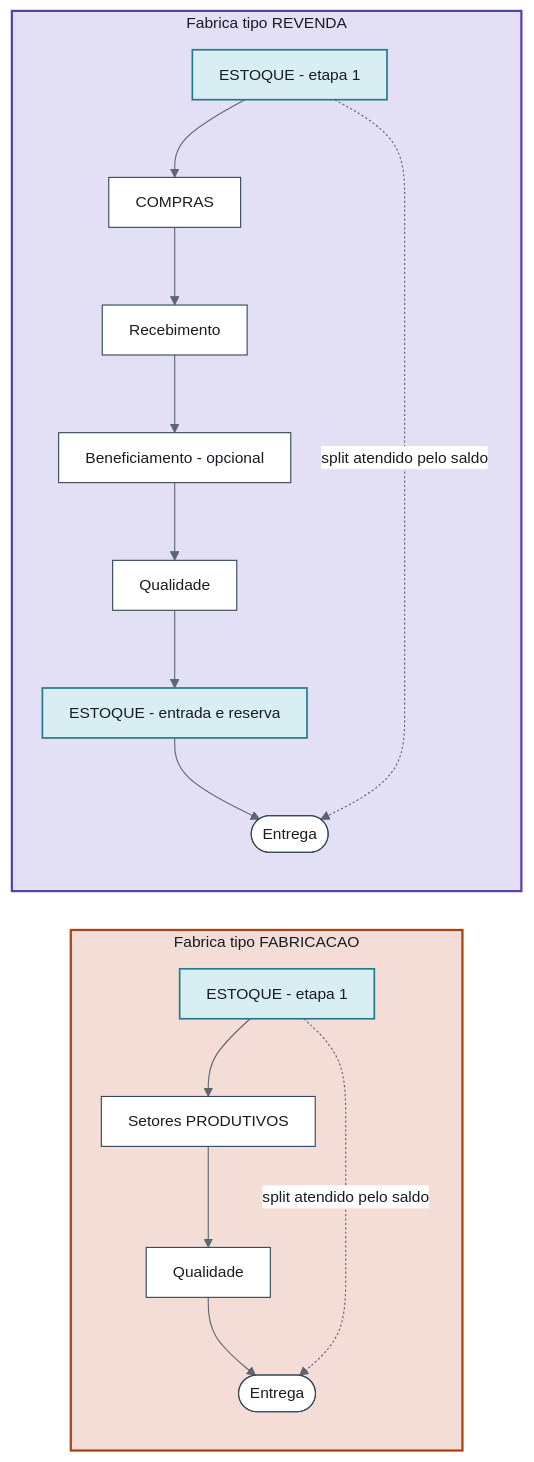
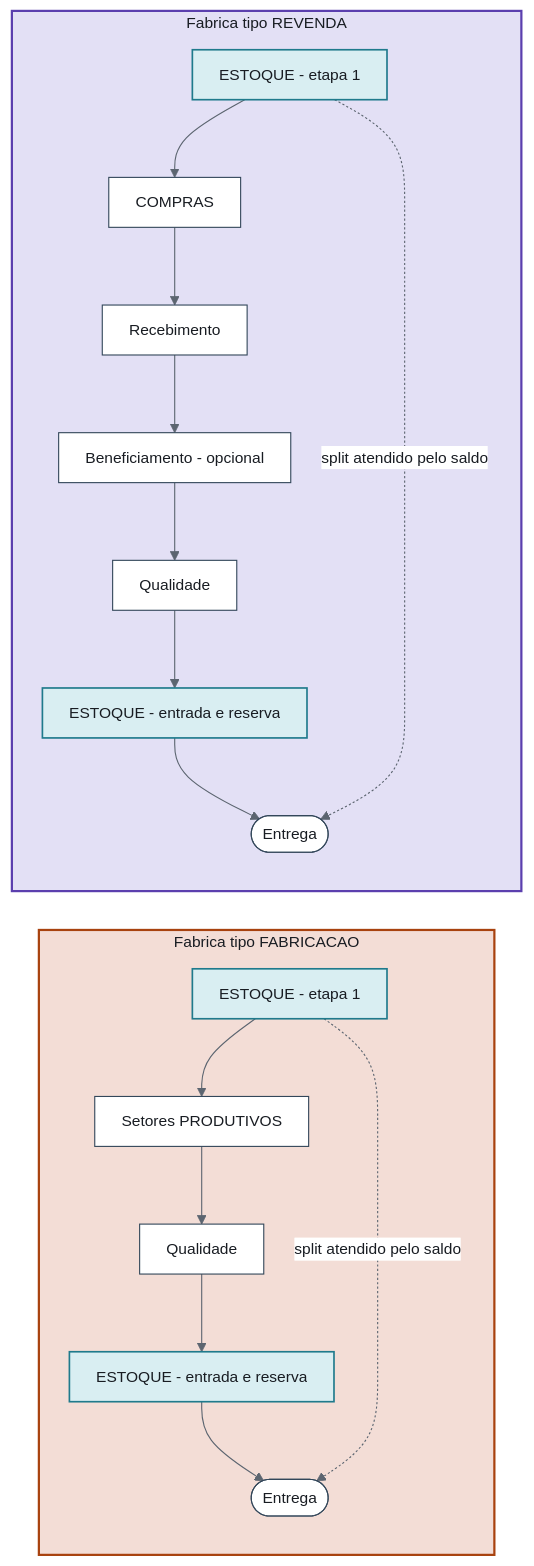
Before and after one commit to Acosvital/vault-avhub-mer: the diagram in 01-Fluxo-Operacional/Encaixe-Estoque-Revenda-no-PCP.md, drawn with Mermaid. The commit also changed other lines of this file and 3 other files, not shown here.

````diff
--- a/01-Fluxo-Operacional/Encaixe-Estoque-Revenda-no-PCP.md
+++ b/01-Fluxo-Operacional/Encaixe-Estoque-Revenda-no-PCP.md
@@ -51,18 +54,19 @@
 ```mermaid
 %%{init: {'theme': 'base', 'themeVariables': {'primaryColor': '#ffffff', 'primaryTextColor': '#181c22', 'primaryBorderColor': '#33475a', 'lineColor': '#5c6570', 'fontFamily': 'Source Sans 3, sans-serif', 'fontSize': '14px', 'edgeLabelBackground': '#ffffff', 'textColor': '#181c22'}, 'flowchart': {'nodeSpacing': 35, 'rankSpacing': 45, 'padding': 12}}}%%
 flowchart LR
     subgraph FAB[Fabrica tipo FABRICACAO]
-        A1[ESTOQUE - etapa 1] --> A2[Setores PRODUTIVOS] --> A3[Qualidade] --> A4([Entrega])
+        A1[ESTOQUE - etapa 1] --> A2[Setores PRODUTIVOS] --> A3[Qualidade] --> A4b[ESTOQUE - entrada e reserva] --> A4([Entrega])
     end
     subgraph REV[Fabrica tipo REVENDA]
         B1[ESTOQUE - etapa 1] --> B2[COMPRAS] --> B3[Recebimento] --> B4[Beneficiamento - opcional] --> B5[Qualidade] --> B6[ESTOQUE - entrada e reserva] --> B7([Entrega])
     end
     A1 -. split atendido pelo saldo .-> A4
     B1 -. split atendido pelo saldo .-> B7
 
     style FAB fill:#f3ddd6,stroke:#a8420f,stroke-width:2px,color:#181c22
     style REV fill:#e3e0f5,stroke:#5b3fae,stroke-width:2px,color:#181c22
     style A1 fill:#d9eef2,stroke:#1f7a8c,stroke-width:1.5px,color:#181c22
     style B1 fill:#d9eef2,stroke:#1f7a8c,stroke-width:1.5px,color:#181c22
+    style A4b fill:#d9eef2,stroke:#1f7a8c,stroke-width:1.5px,color:#181c22
     style B6 fill:#d9eef2,stroke:#1f7a8c,stroke-width:1.5px,color:#181c22
 ```
````
